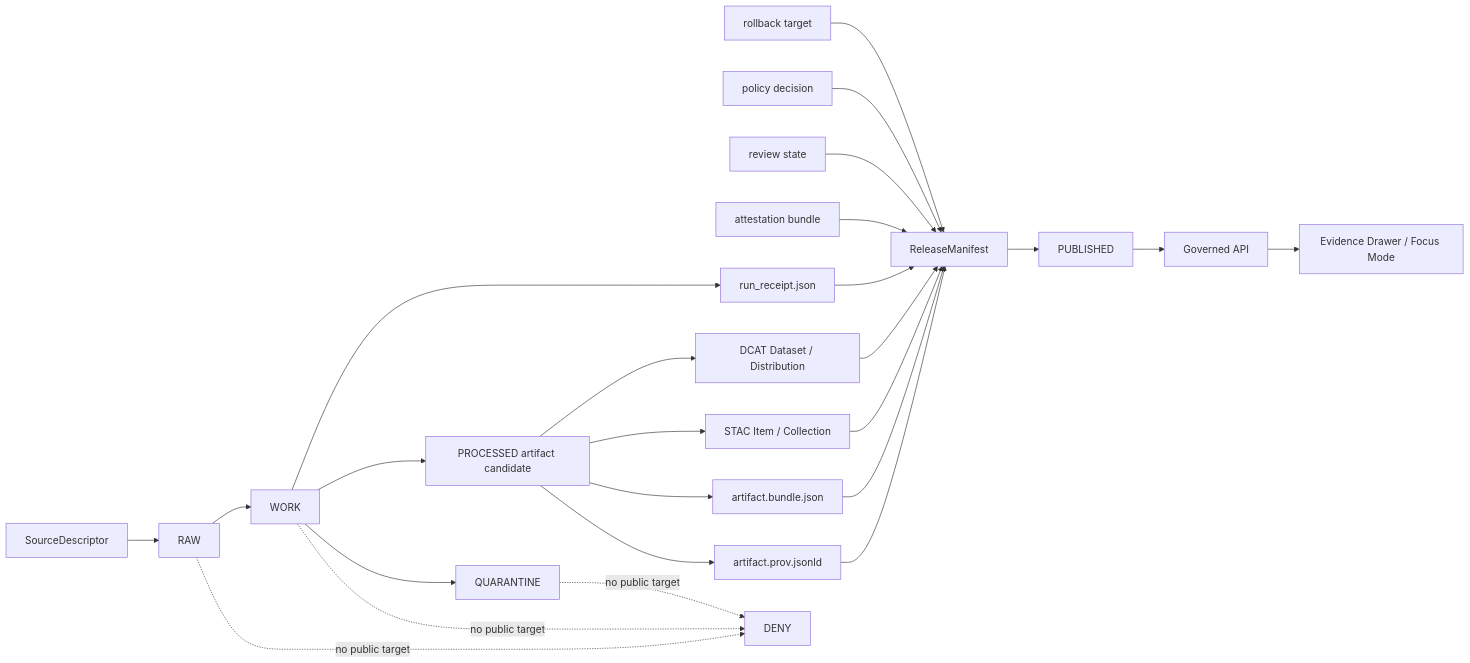
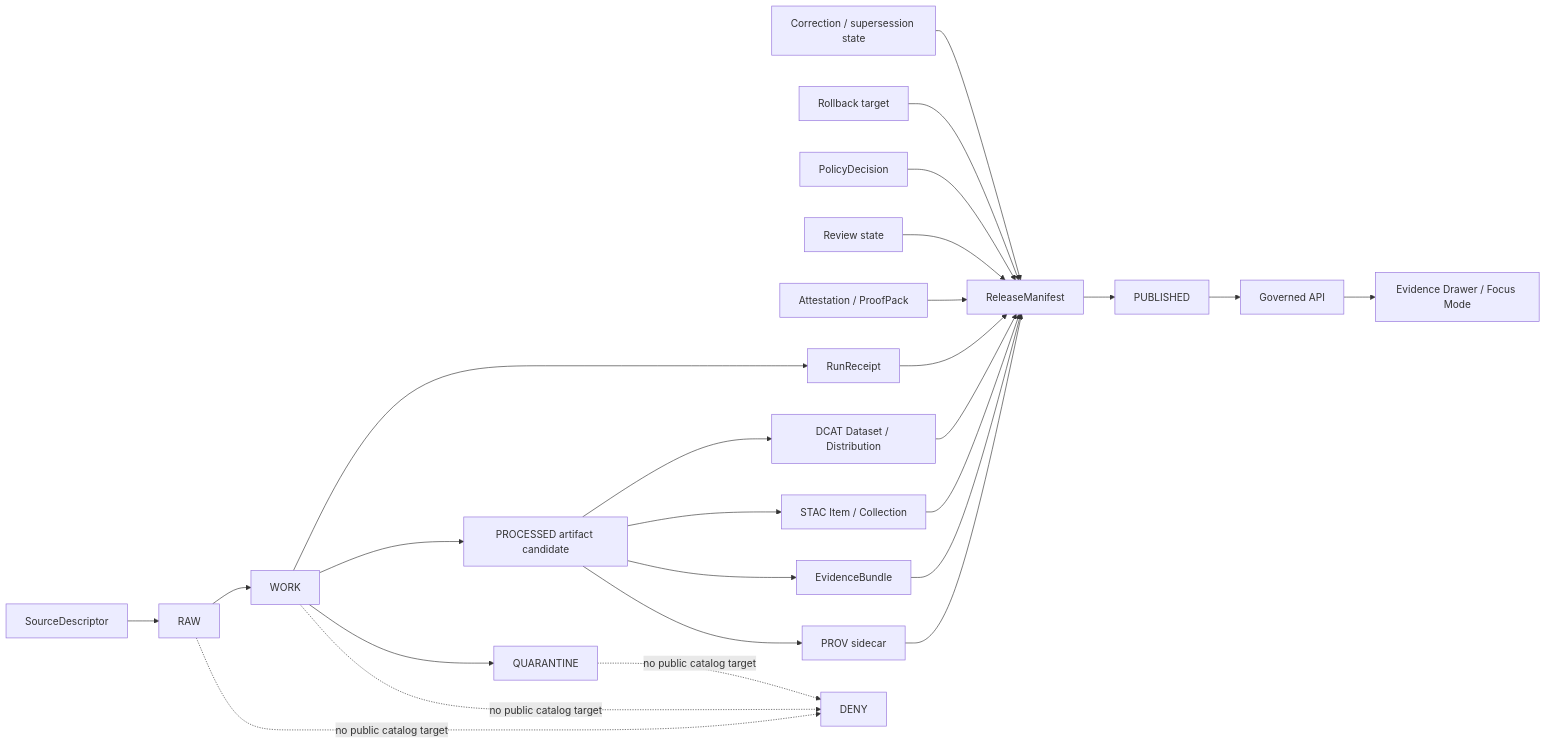
One commit to bartytime4life/Kansas-Frontier-Matrix changed the diagram in docs/adr/ADR-PROV-STAC-DCAT-CATALOG-MAPPING.md. Above: the diagram before and after it, drawn with Mermaid. The commit also changed other lines of this file, not shown here.

````diff
--- a/docs/adr/ADR-PROV-STAC-DCAT-CATALOG-MAPPING.md
+++ b/docs/adr/ADR-PROV-STAC-DCAT-CATALOG-MAPPING.md
@@ -216,31 +280,32 @@
 ```mermaid
 flowchart LR
     SRC[SourceDescriptor] --> RAW[RAW]
     RAW --> WORK[WORK]
     WORK --> QUAR[QUARANTINE]
     WORK --> PROC[PROCESSED artifact candidate]
-    WORK --> RECEIPT[run_receipt.json]
+    WORK --> RECEIPT[RunReceipt]
 
-    PROC --> PROV[artifact.prov.jsonld]
-    PROC --> BUNDLE[artifact.bundle.json]
+    PROC --> PROV[PROV sidecar]
+    PROC --> BUNDLE[EvidenceBundle]
     PROC --> STAC[STAC Item / Collection]
     PROC --> DCAT[DCAT Dataset / Distribution]
 
     PROV --> REL[ReleaseManifest]
     BUNDLE --> REL
     STAC --> REL
     DCAT --> REL
     RECEIPT --> REL
-    ATTEST[attestation bundle] --> REL
-    REVIEW[review state] --> REL
-    POLICY[policy decision] --> REL
-    ROLL[rollback target] --> REL
+    ATTEST[Attestation / ProofPack] --> REL
+    REVIEW[Review state] --> REL
+    POLICY[PolicyDecision] --> REL
+    ROLL[Rollback target] --> REL
+    CORR[Correction / supersession state] --> REL
 
     REL --> PUB[PUBLISHED]
     PUB --> API[Governed API]
-    API --> UI[Evidence Drawer / Focus Mode]
+    API --> UI["Evidence Drawer / Focus Mode"]
 
-    RAW -. no public target .-> DENY[DENY]
-    WORK -. no public target .-> DENY
-    QUAR -. no public target .-> DENY
+    RAW -. "no public catalog target" .-> DENY[DENY]
+    WORK -. "no public catalog target" .-> DENY
+    QUAR -. "no public catalog target" .-> DENY
 ```
````
